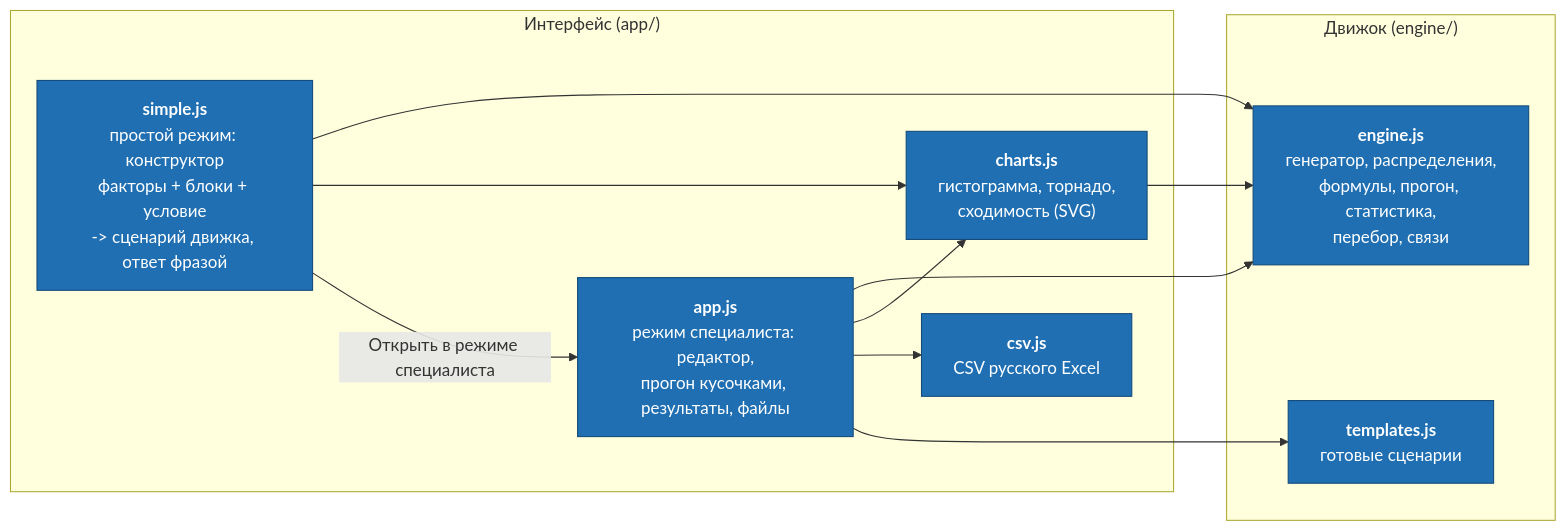
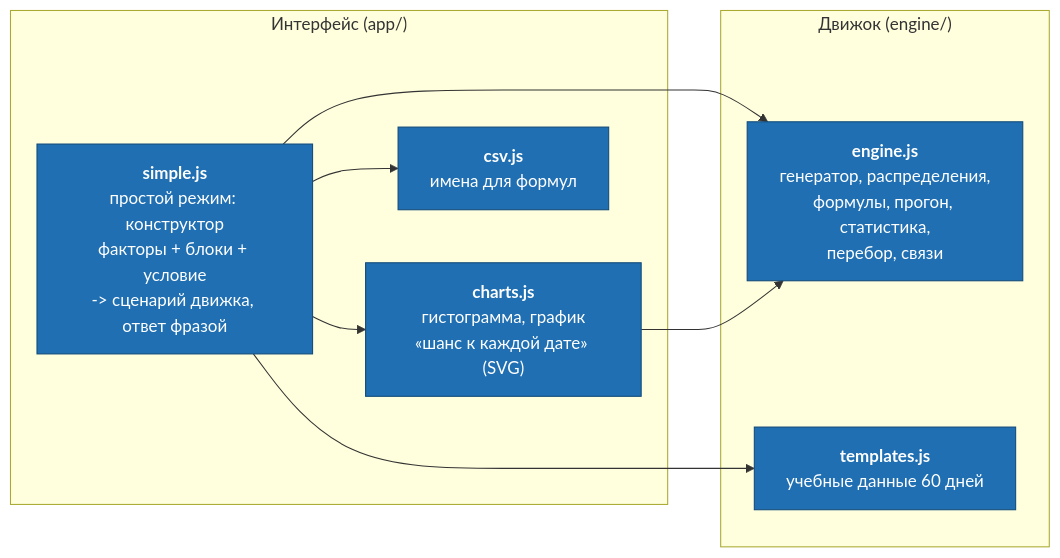
Before and after one commit to maksim-121/probability-analyzer: the third of 3 diagrams in docs/архитектура.md, drawn with Mermaid. The commit also changed other lines of this file and 13 other files, not shown here.

First line of the commit message:
Убран режим специалиста

````diff
--- a/docs/архитектура.md
+++ b/docs/архитектура.md
@@ -71,24 +67,20 @@
 ```mermaid
 flowchart LR
     subgraph ui["Интерфейс (app/)"]
         simple["<b>simple.js</b><br/>простой режим: конструктор<br/>факторы + блоки + условие<br/>-> сценарий движка, ответ фразой"]
-        app["<b>app.js</b><br/>режим специалиста: редактор,<br/>прогон кусочками, результаты, файлы"]
-        charts["<b>charts.js</b><br/>гистограмма, торнадо,<br/>сходимость (SVG)"]
-        csv["<b>csv.js</b><br/>CSV русского Excel"]
+        charts["<b>charts.js</b><br/>гистограмма, график<br/>«шанс к каждой дате» (SVG)"]
+        csv["<b>csv.js</b><br/>имена для формул"]
     end
     subgraph core["Движок (engine/)"]
         eng["<b>engine.js</b><br/>генератор, распределения,<br/>формулы, прогон, статистика,<br/>перебор, связи"]
-        tpl["<b>templates.js</b><br/>готовые сценарии"]
+        tpl["<b>templates.js</b><br/>учебные данные 60 дней"]
     end
     simple --> eng
     simple --> charts
-    simple -->|"Открыть в режиме специалиста"| app
-    app --> eng
-    app --> charts
-    app --> csv
-    app --> tpl
+    simple --> csv
+    simple --> tpl
     charts --> eng
 
     classDef comp fill:#1f6fb2,stroke:#134a7a,color:#ffffff
-    class simple,app,charts,csv,eng,tpl comp
+    class simple,charts,csv,eng,tpl comp
 ```
````
